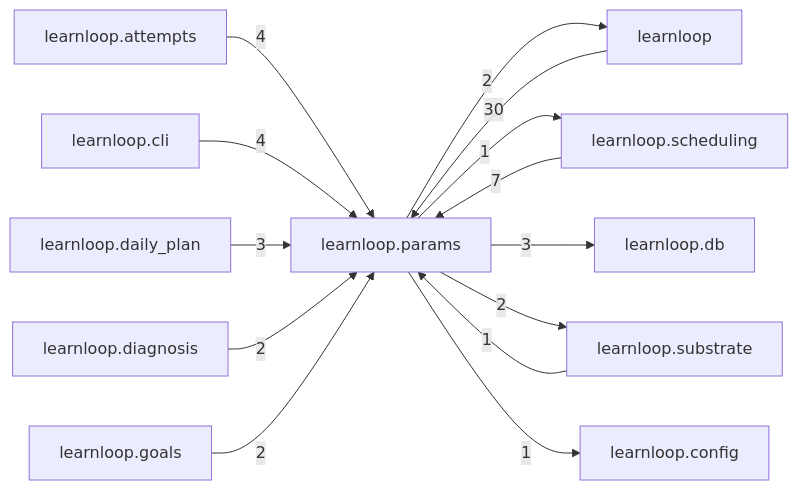
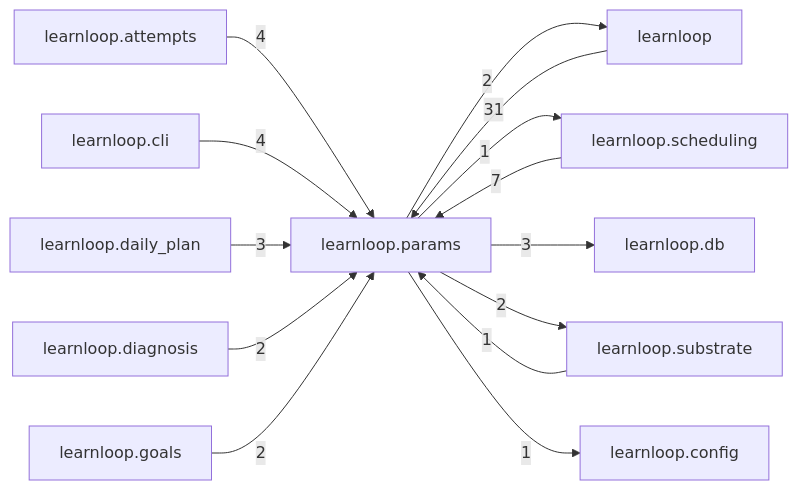
The diagram in docs/learnloop-architecture-vault/Reference/Modules/learnloop/params/_package.md (6up-b/learnanything), drawn with Mermaid before and after one commit. The commit also changed other lines of this file and 590 other files, not shown here.

````diff
--- a/docs/learnloop-architecture-vault/Reference/Modules/learnloop/params/_package.md
+++ b/docs/learnloop-architecture-vault/Reference/Modules/learnloop/params/_package.md
@@ -89,27 +89,27 @@
 ```mermaid
 flowchart LR
     center["learnloop.params"]
     n_learnloop["learnloop"]
     n_learnloop_scheduling["learnloop.scheduling"]
     n_learnloop_attempts["learnloop.attempts"]
     n_learnloop_cli["learnloop.cli"]
     n_learnloop_daily_plan["learnloop.daily_plan"]
     n_learnloop_db["learnloop.db"]
     n_learnloop_substrate["learnloop.substrate"]
     n_learnloop_diagnosis["learnloop.diagnosis"]
     n_learnloop_goals["learnloop.goals"]
     n_learnloop_config["learnloop.config"]
-    n_learnloop -->|30| center
+    n_learnloop -->|31| center
     center -->|2| n_learnloop
     n_learnloop_scheduling -->|7| center
     center -->|1| n_learnloop_scheduling
     n_learnloop_attempts -->|4| center
     n_learnloop_cli -->|4| center
     n_learnloop_daily_plan -->|3| center
     center -->|3| n_learnloop_db
     n_learnloop_substrate -->|1| center
     center -->|2| n_learnloop_substrate
     n_learnloop_diagnosis -->|2| center
     n_learnloop_goals -->|2| center
     center -->|1| n_learnloop_config
 ```
````
